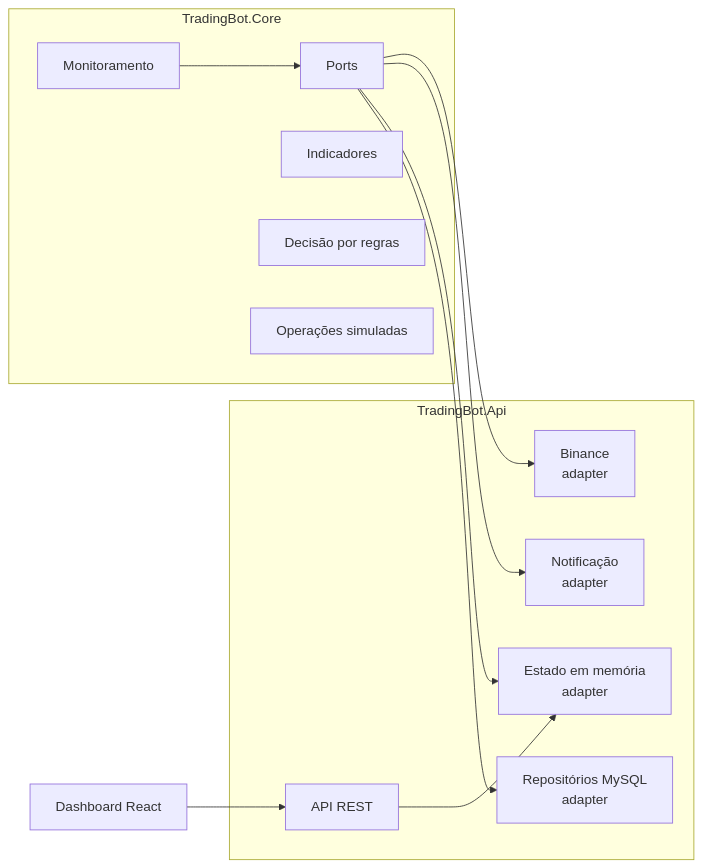
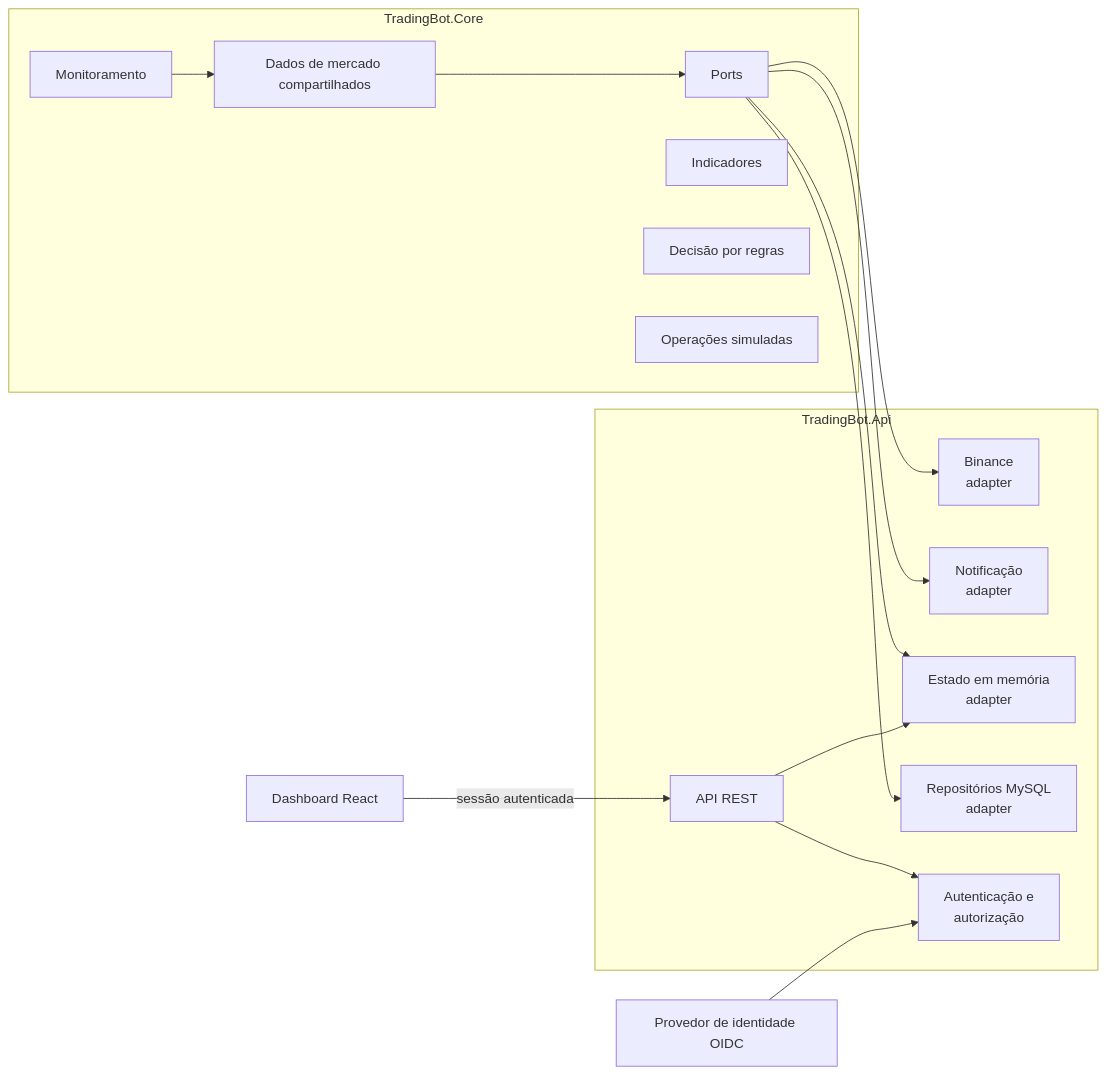
The diagram in README.md (Marcelo-Davila/TradingBot-Vitrine), drawn with Mermaid before and after one commit. The commit also changed other lines of this file and 4 other files, not shown here.

````diff
--- a/README.md
+++ b/README.md
@@ -98,24 +109,28 @@
 ```mermaid
 flowchart LR
     subgraph Dominio[TradingBot.Core]
         P[Ports]
         I[Indicadores]
         D[Decisão por regras]
         M[Monitoramento]
+        H[Dados de mercado compartilhados]
         O[Operações simuladas]
     end
     subgraph Host[TradingBot.Api]
         A[Binance<br/>adapter]
         N[Notificação<br/>adapter]
         E[Estado em memória<br/>adapter]
         R[Repositórios MySQL<br/>adapter]
+        AUTH[Autenticação e<br/>autorização]
         API[API REST]
     end
-    F[Dashboard React] --> API
+    IDP[Provedor de identidade OIDC] --> AUTH
+    F[Dashboard React] -->|sessão autenticada| API
+    API --> AUTH
     API --> E
-    M --> P
+    M --> H --> P
     P --> A
     P --> N
     P --> E
     P --> R
 ```
````
